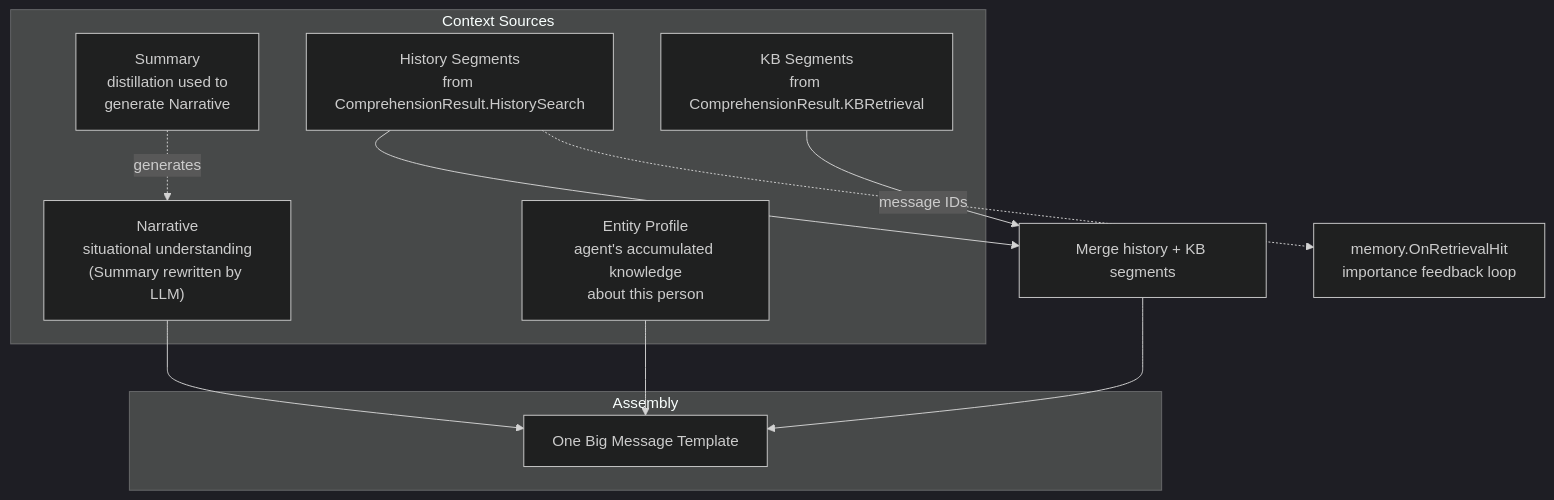
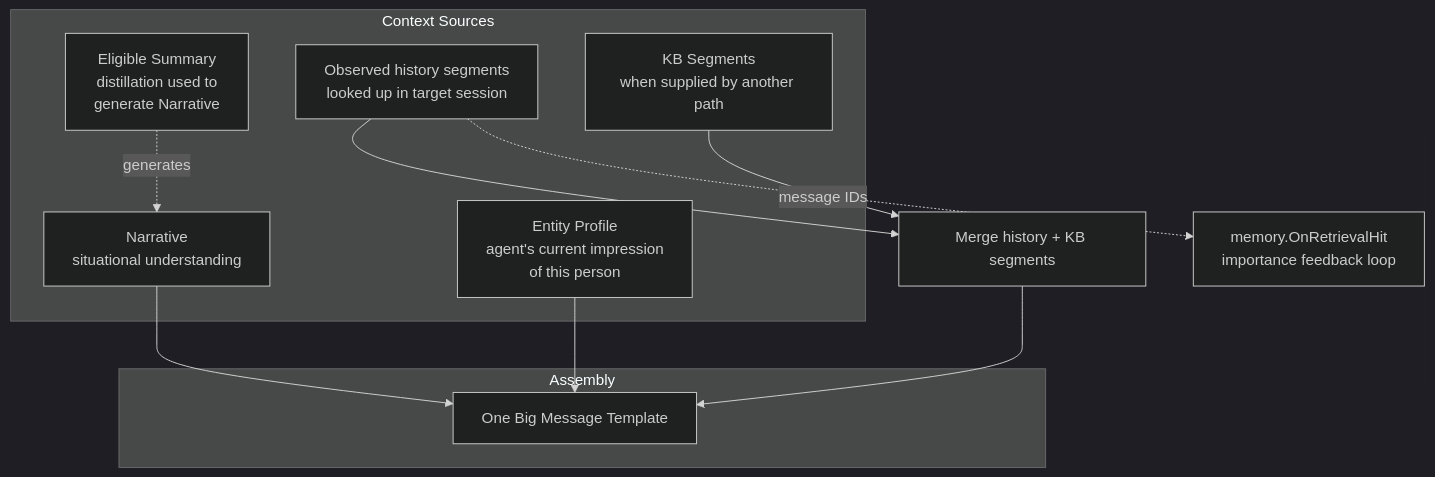
Before and after one commit to KoanJan/qingqiu-world: the eighth of 9 diagrams in doc/engineering_implements/context-engineering-pipeline.md, drawn with Mermaid (dark theme). The commit also changed other lines of this file and 83 other files, not shown here.

````diff
--- a/doc/engineering_implements/context-engineering-pipeline.md
+++ b/doc/engineering_implements/context-engineering-pipeline.md
@@ -256,23 +259,23 @@
 ```mermaid
 graph TB
     subgraph "Context Sources"
-        Summary["Summary<br/>distillation used to<br/>generate Narrative"]
-        ChatHistory["History Segments<br/>from ComprehensionResult.HistorySearch"]
-        Narrative["Narrative<br/>situational understanding<br/>(Summary rewritten by LLM)"]
-        Segments["KB Segments<br/>from ComprehensionResult.KBRetrieval"]
-        EntityProfile["Entity Profile<br/>agent's accumulated knowledge<br/>about this person"]
+        Summary["Eligible Summary<br/>distillation used to<br/>generate Narrative"]
+        ChatHistory["Observed history segments<br/>looked up in target session"]
+        Narrative["Narrative<br/>situational understanding"]
+        Segments["KB Segments<br/>when supplied by another path"]
+        EntityProfile["Entity Profile<br/>agent's current impression<br/>of this person"]
     end
 
     subgraph "Assembly"
         Template["One Big Message Template"]
     end
 
     ChatHistory --> Merge["Merge history + KB segments"]
     Segments --> Merge
     Merge --> Template
     Narrative --> Template
     EntityProfile --> Template
     Summary -.generates.-> Narrative
 
     ChatHistory -.message IDs.-> OnRetrievalHit["memory.OnRetrievalHit<br/>importance feedback loop"]
 ```
````
